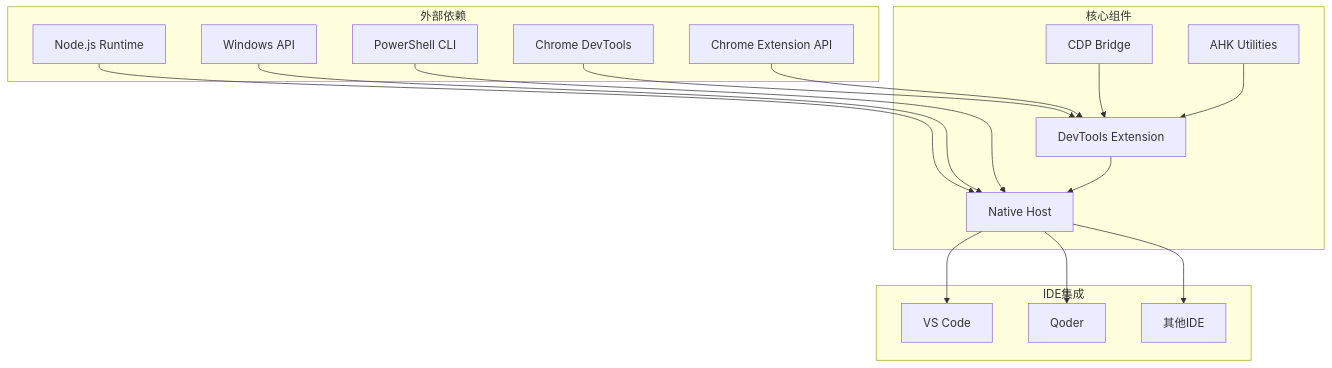
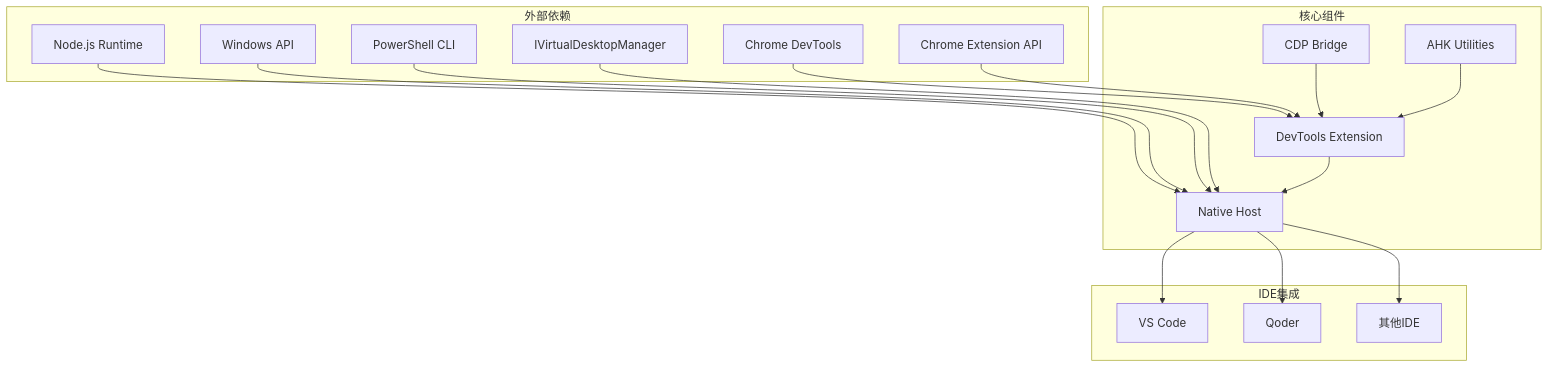
One commit to wangys-123doit/hotkey changed diagram 15 of 16 in .qoder/repowiki/zh/content/外部工具集成/DevTools VS Code 开发者工具集成系统.md. Above: the diagram before and after it, drawn with Mermaid. The commit also changed other lines of this file and 12 other files, not shown here.

First line of the commit message:
feat(native-host): 增强虚拟桌面管理功能并支持Qoder IDE

````diff
--- a/.qoder/repowiki/zh/content/外部工具集成/DevTools VS Code 开发者工具集成系统.md
+++ b/.qoder/repowiki/zh/content/外部工具集成/DevTools VS Code 开发者工具集成系统.md
@@ -487,32 +592,34 @@
 ```mermaid
 graph TB
 subgraph "外部依赖"
 A[Chrome DevTools]
 B[Node.js Runtime]
 C[Windows API]
 D[PowerShell CLI]
 E[Chrome Extension API]
+F[IVirtualDesktopManager]
 end
 subgraph "核心组件"
-F[DevTools Extension]
-G[Native Host]
-H[CDP Bridge]
-I[AHK Utilities]
+G[DevTools Extension]
+H[Native Host]
+I[CDP Bridge]
+J[AHK Utilities]
 end
 subgraph "IDE集成"
-J[VS Code]
-K[Qoder]
-L[其他IDE]
+K[VS Code]
+L[Qoder]
+M[其他IDE]
 end
-A --> F
-B --> G
-C --> G
-D --> G
-E --> F
-F --> G
-G --> J
-G --> K
-G --> L
-H --> F
-I --> F
+A --> G
+B --> H
+C --> H
+D --> H
+E --> G
+F --> H
+G --> H
+H --> K
+H --> L
+H --> M
+I --> G
+J --> G
 ```
````
